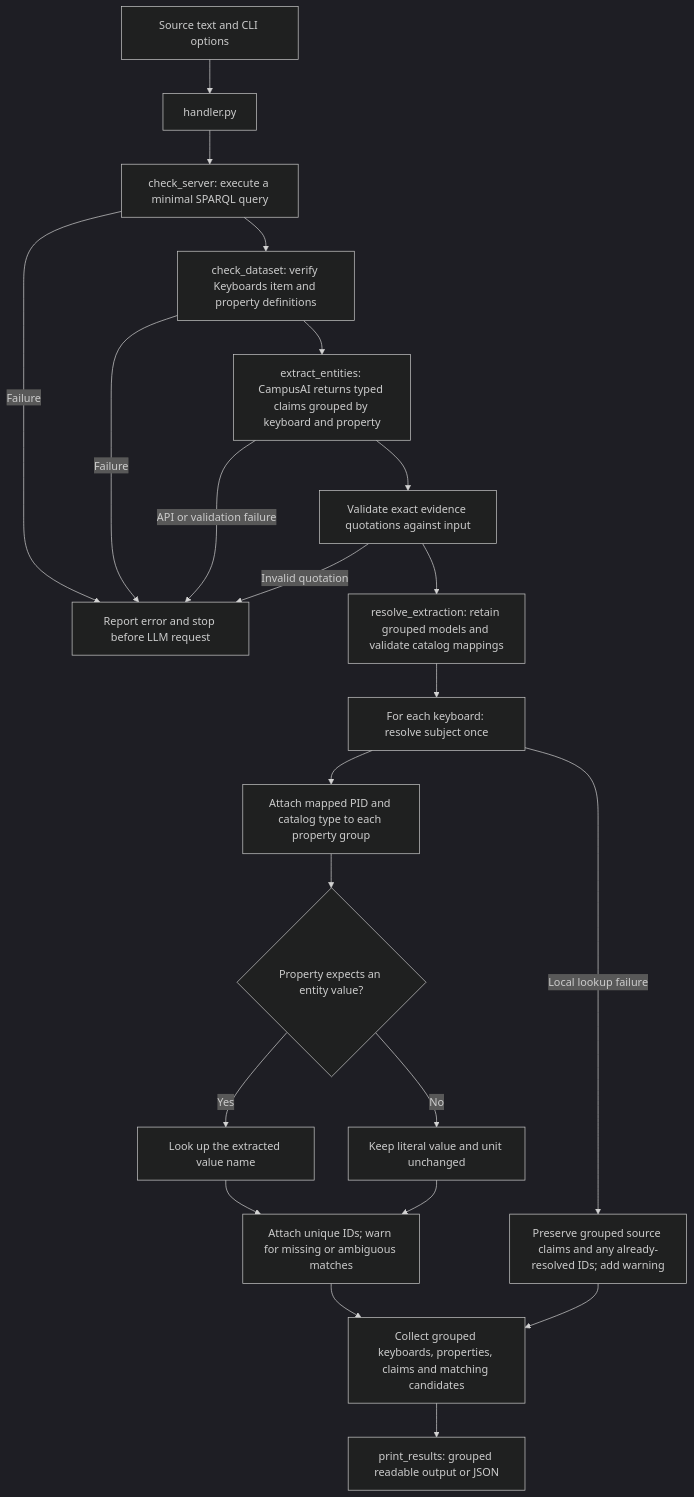
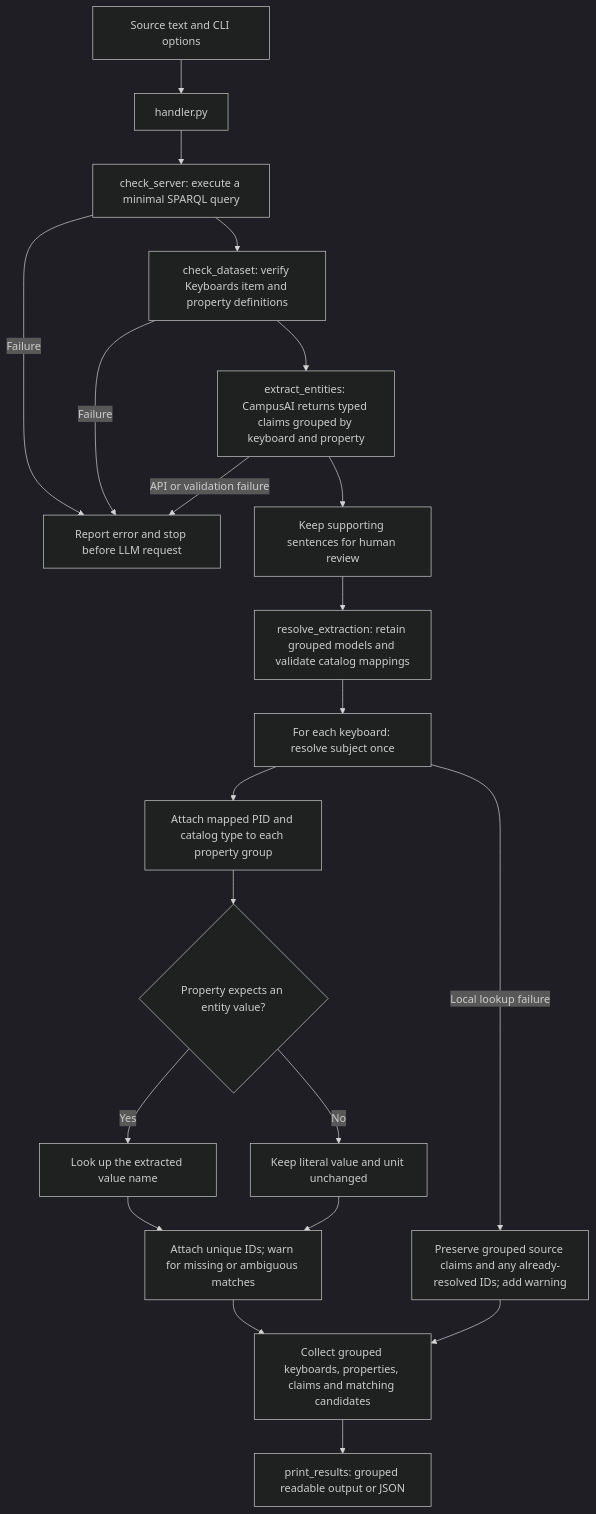
The first of 2 diagrams in workflow.md (hawks23/anywikia), drawn with Mermaid (dark theme) before and after one commit. The commit also changed other lines of this file and 1 other file, not shown here.

````diff
--- a/workflow.md
+++ b/workflow.md
@@ -6,24 +6,23 @@
 ```mermaid
 flowchart TD
     A[Source text and CLI options] --> B[handler.py]
     B --> C[check_server: execute a minimal SPARQL query]
     C --> D[check_dataset: verify Keyboards item and property definitions]
     C -- Failure --> Z[Report error and stop before LLM request]
     D -- Failure --> Z
     D --> E[extract_entities: CampusAI returns typed claims grouped by keyboard and property]
-    E --> F[Validate exact evidence quotations against input]
+    E --> F[Keep supporting sentences for human review]
     E -- API or validation failure --> Z
-    F -- Invalid quotation --> Z
     F --> P[resolve_extraction: retain grouped models and validate catalog mappings]
     P --> G[For each keyboard: resolve subject once]
     G --> H[Attach mapped PID and catalog type to each property group]
     H --> I{Property expects an entity value?}
     I -- Yes --> J[Look up the extracted value name]
     I -- No --> K[Keep literal value and unit unchanged]
     J --> L[Attach unique IDs; warn for missing or ambiguous matches]
     K --> L
     G -- Local lookup failure --> M[Preserve grouped source claims and any already-resolved IDs; add warning]
     L --> N[Collect grouped keyboards, properties, claims and matching candidates]
     M --> N
     N --> O[print_results: grouped readable output or JSON]
 ```
````
